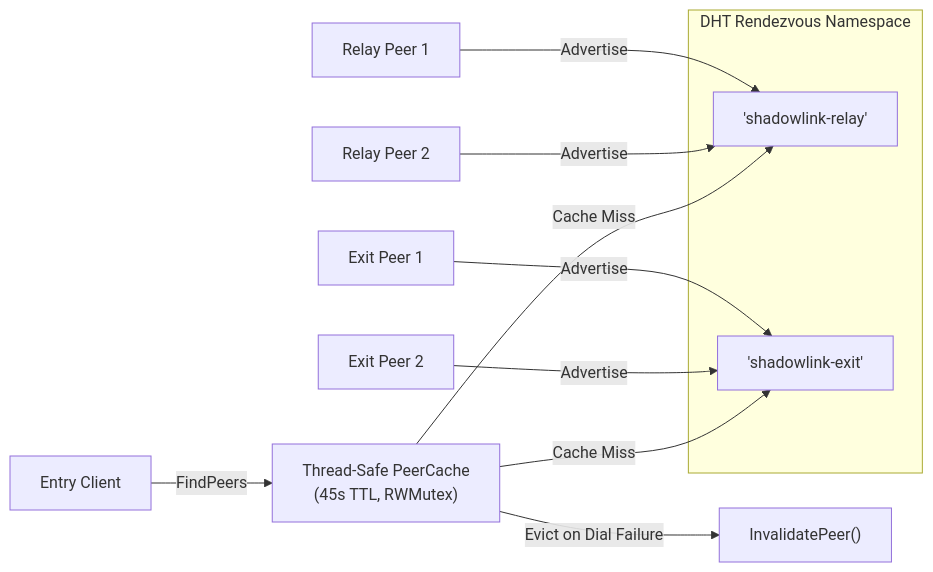
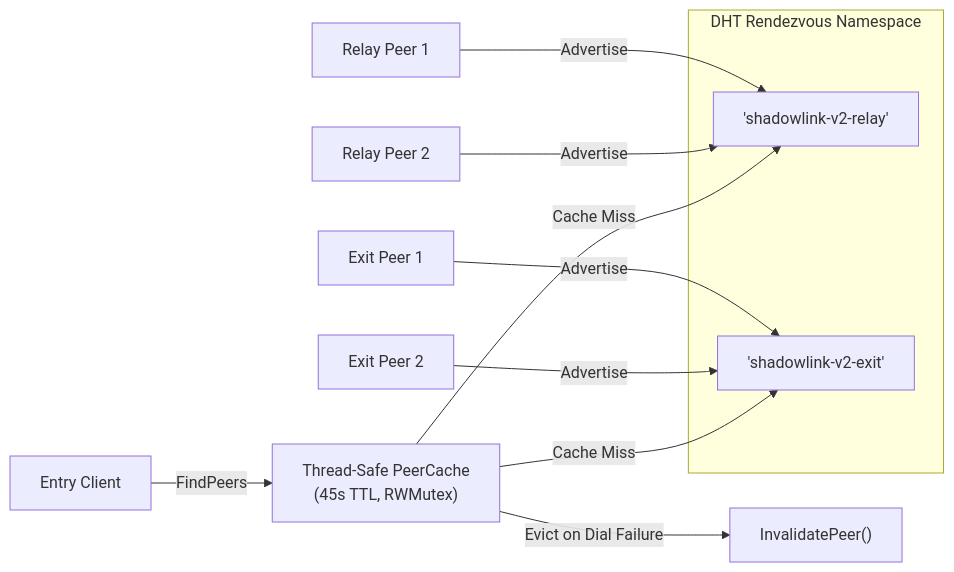
The third of 4 diagrams in ARCHITECTURE.md (TUSHAR91316/ShadowLink), drawn with Mermaid before and after one commit. The commit also changed other lines of this file and 22 other files, not shown here.

````diff
--- a/ARCHITECTURE.md
+++ b/ARCHITECTURE.md
@@ -109,17 +112,17 @@
 ```mermaid
 graph LR
     subgraph "DHT Rendezvous Namespace"
-        RelayRendezvous["'shadowlink-relay'"]
-        ExitRendezvous["'shadowlink-exit'"]
+        RelayRendezvous["'shadowlink-v2-relay'"]
+        ExitRendezvous["'shadowlink-v2-exit'"]
     end
 
     Relay1["Relay Peer 1"] -->|Advertise| RelayRendezvous
     Relay2["Relay Peer 2"] -->|Advertise| RelayRendezvous
     Exit1["Exit Peer 1"] -->|Advertise| ExitRendezvous
     Exit2["Exit Peer 2"] -->|Advertise| ExitRendezvous
 
     Client["Entry Client"] -->|FindPeers| PeerCache["Thread-Safe PeerCache\n(45s TTL, RWMutex)"]
     PeerCache -->|Cache Miss| RelayRendezvous
     PeerCache -->|Cache Miss| ExitRendezvous
     PeerCache -->|Evict on Dial Failure| InvalidatePeer["InvalidatePeer()"]
 ```
````
